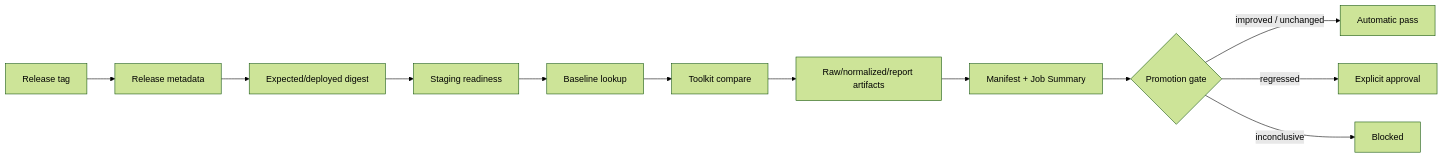
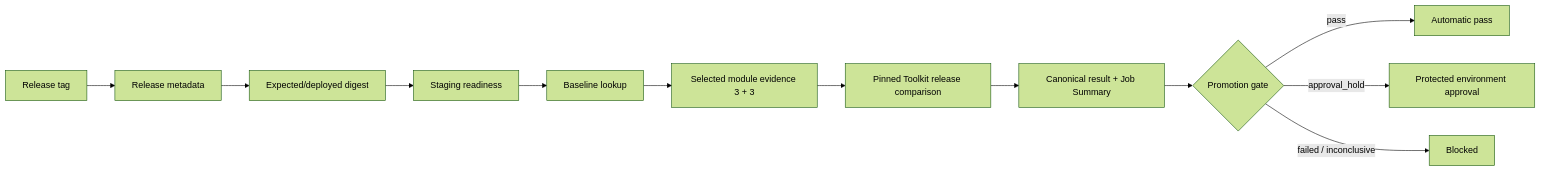
Before and after one commit to YRootLab/OnMaru-backend: the diagram in docs/operations/release-evidence/benchmark.md, drawn with Mermaid (forest theme). The commit also changed other lines of this file and 10 other files, not shown here.

````diff
--- a/docs/operations/release-evidence/benchmark.md
+++ b/docs/operations/release-evidence/benchmark.md
@@ -8,14 +33,14 @@
 ```mermaid
 flowchart LR
   A[Release tag] --> B[Release metadata]
   B --> C[Expected/deployed digest]
   C --> D[Staging readiness]
   D --> E[Baseline lookup]
-  E --> F[Toolkit compare]
-  F --> G[Raw/normalized/report artifacts]
-  G --> H[Manifest + Job Summary]
+  E --> F[Selected module evidence 3 + 3]
+  F --> G[Pinned Toolkit release comparison]
+  G --> H[Canonical result + Job Summary]
   H --> I{Promotion gate}
-  I -->|improved / unchanged| J[Automatic pass]
-  I -->|regressed| K[Explicit approval]
-  I -->|inconclusive| L[Blocked]
+  I -->|pass| J[Automatic pass]
+  I -->|approval_hold| K[Protected environment approval]
+  I -->|failed / inconclusive| L[Blocked]
 ```
````
